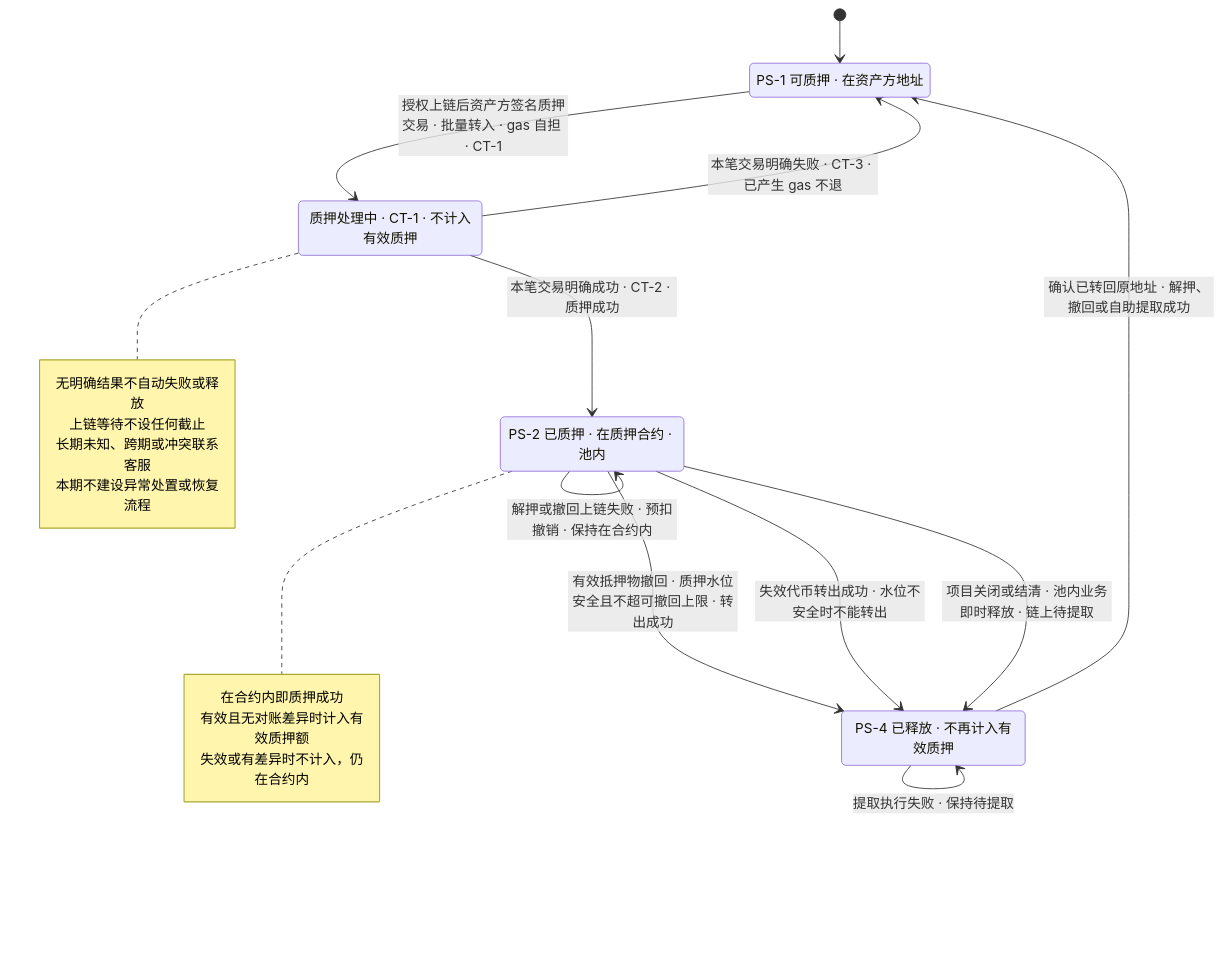
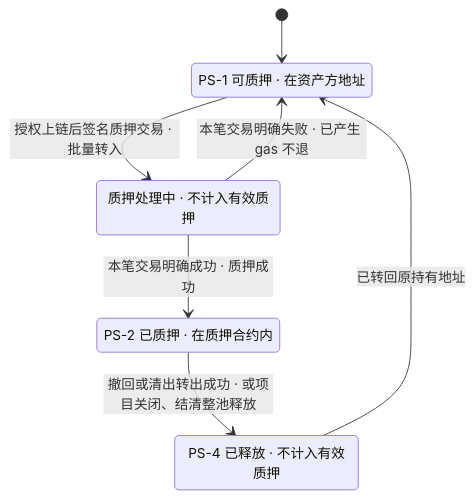
The ninth of 10 diagrams in lending-platform/PRD/面客端/05-借贷广场-融资需求与代币质押/02-融资需求与代币质押-流程图与状态机.md (wxblockchain/Chain-Financing), drawn with Mermaid before and after one commit. The commit also changed other lines of this file, not shown here.

First line of the commit message:
prd(WS-446): make state machines render in every Mermaid version

````diff
--- a/lending-platform/PRD/面客端/05-借贷广场-融资需求与代币质押/02-融资需求与代币质押-流程图与状态机.md
+++ b/lending-platform/PRD/面客端/05-借贷广场-融资需求与代币质押/02-融资需求与代币质押-流程图与状态机.md
@@ -285,28 +276,13 @@
 ```mermaid
 stateDiagram-v2
   PS_1: PS-1 可质押 · 在资产方地址
-  PS_2: PS-2 已质押 · 在质押合约 · 池内
-  PS_4: PS-4 已释放 · 不再计入有效质押
-  PROC: 质押处理中 · CT-1 · 不计入有效质押
+  PROC: 质押处理中 · 不计入有效质押
+  PS_2: PS-2 已质押 · 在质押合约内
+  PS_4: PS-4 已释放 · 不计入有效质押
   [*] --> PS_1
-  PS_1 --> PROC: 授权上链后资产方签名质押交易 · 批量转入 · gas 自担 · CT-1
-  PROC --> PS_2: 本笔交易明确成功 · CT-2 · 质押成功
-  PROC --> PS_1: 本笔交易明确失败 · CT-3 · 已产生 gas 不退
-  note right of PS_2
-    在合约内即质押成功
-    有效且无对账差异时计入有效质押额
-    失效或有差异时不计入，仍在合约内
-  end note
-  note right of PROC
-    无明确结果不自动失败或释放
-    上链等待不设任何截止
-    长期未知、跨期或冲突联系客服
-    本期不建设异常处置或恢复流程
-  end note
-  PS_2 --> PS_4: 有效抵押物撤回 · 质押水位安全且不超可撤回上限 · 转出成功
-  PS_2 --> PS_4: 失效代币转出成功 · 水位不安全时不能转出
-  PS_2 --> PS_4: 项目关闭或结清 · 池内业务即时释放 · 链上待提取
-  PS_2 --> PS_2: 解押或撤回上链失败 · 预扣撤销 · 保持在合约内
-  PS_4 --> PS_1: 确认已转回原地址 · 解押、撤回或自助提取成功
-  PS_4 --> PS_4: 提取执行失败 · 保持待提取
+  PS_1 --> PROC: 授权上链后签名质押交易 · 批量转入
+  PROC --> PS_2: 本笔交易明确成功 · 质押成功
+  PROC --> PS_1: 本笔交易明确失败 · 已产生 gas 不退
+  PS_2 --> PS_4: 撤回或清出转出成功 · 或项目关闭、结清整池释放
+  PS_4 --> PS_1: 已转回原持有地址
 ```
````
